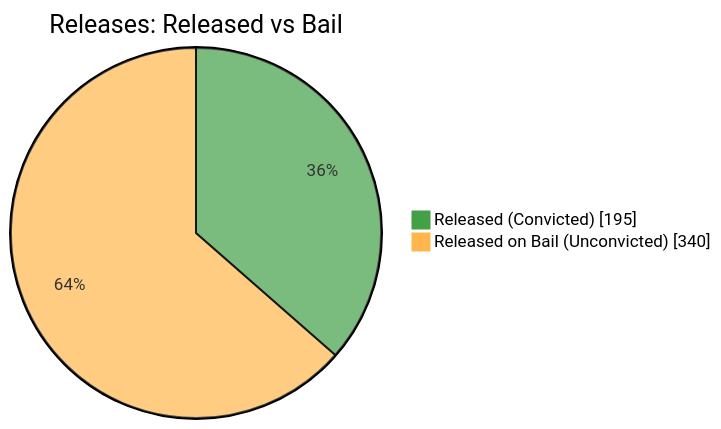
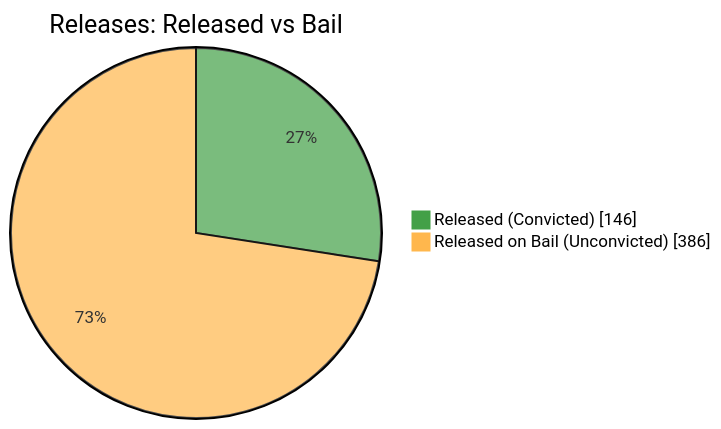
Before and after one commit to nuuuwan/lk_prisons: the fifth of 7 diagrams in README.md, drawn with Mermaid. The commit also changed other lines of this file and 1 other file, not shown here.

````diff
--- a/README.md
+++ b/README.md
@@ -87,6 +87,6 @@
 ```mermaid
 %%{init: {'themeVariables': {'pie1': '#43A047', 'pie2': '#FFB74D'}}}%%
 pie showData title Releases: Released vs Bail
-    "Released (Convicted)" : 195
-    "Released on Bail (Unconvicted)" : 340
+    "Released (Convicted)" : 146
+    "Released on Bail (Unconvicted)" : 386
 ```
````
